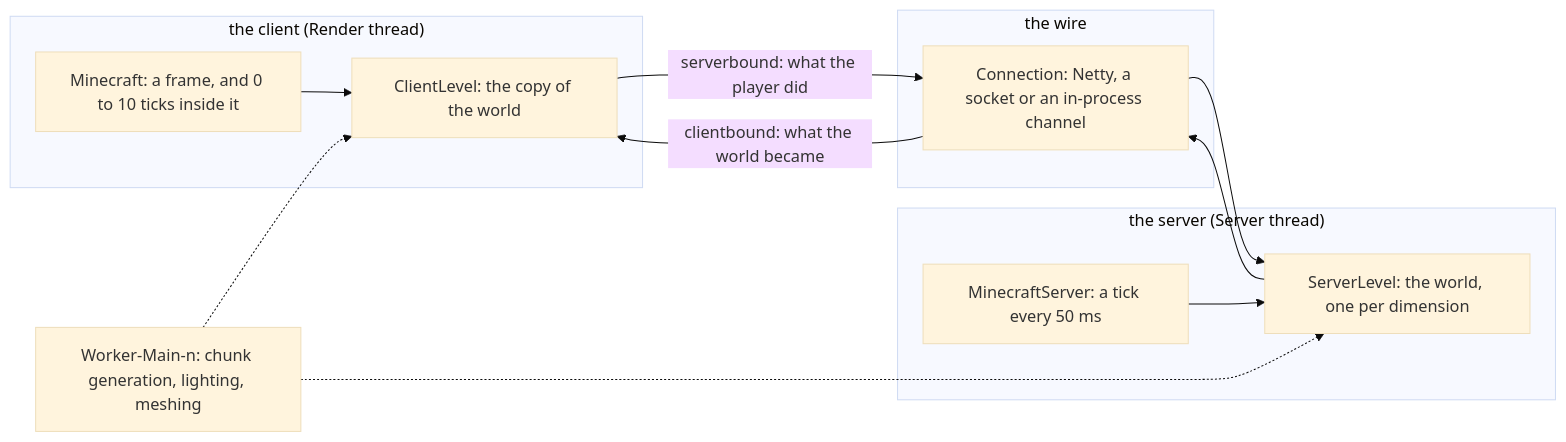
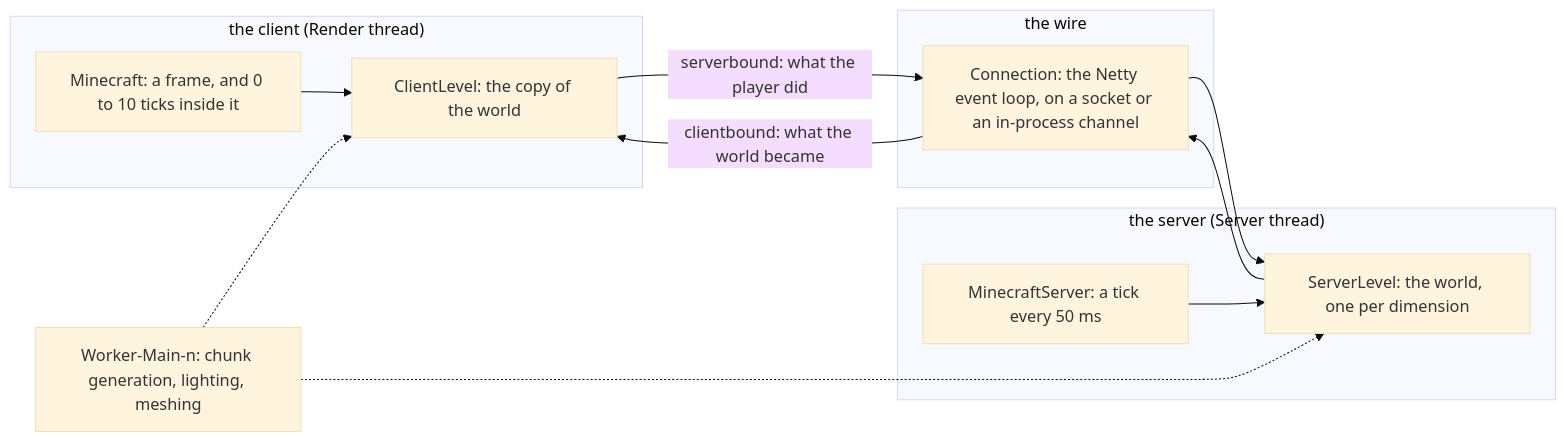
Before and after one commit to AlexanderjFraser/MinecraftDocs: the diagram in src/introduction.md, drawn with Mermaid (base theme). The commit also changed other lines of this file and 23 other files, not shown here.

````diff
--- a/src/introduction.md
+++ b/src/introduction.md
@@ -18,22 +19,22 @@
 ```mermaid
 flowchart LR
     subgraph Client["the client (Render thread)"]
         MC["Minecraft: a frame, and 0 to 10 ticks inside it"]
         CL["ClientLevel: the copy of the world"]
         MC --> CL
     end
     subgraph Wire["the wire"]
-        Conn["Connection: Netty, a socket or an in-process channel"]
+        Conn["Connection: the Netty event loop, on a socket or an in-process channel"]
     end
     subgraph Server["the server (Server thread)"]
         MS["MinecraftServer: a tick every 50 ms"]
         SL["ServerLevel: the world, one per dimension"]
         MS --> SL
     end
     CL -- "serverbound: what the player did" --> Conn
     Conn -- "clientbound: what the world became" --> CL
     Conn --> SL
     SL --> Conn
     Worker["Worker-Main-n: chunk generation, lighting, meshing"] -.-> SL
     Worker -.-> CL
 ```
````
